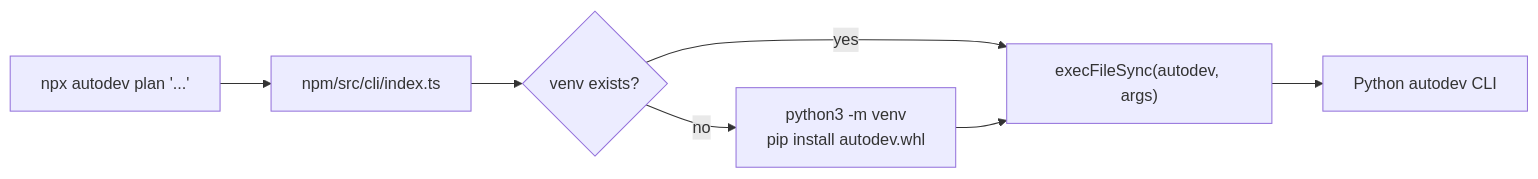
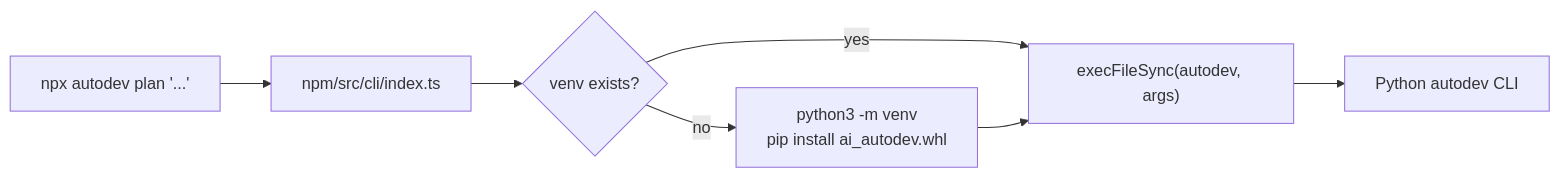
One commit to mohamedameen-io/AutoDev changed the fourth of 4 diagrams in docs/design_documentation/cli_design.md. Above: the diagram before and after it, drawn with Mermaid. The commit also changed other lines of this file and 1 other file, not shown here.

First line of the commit message:
docs: fix init documentation and update install commands

````diff
--- a/docs/design_documentation/cli_design.md
+++ b/docs/design_documentation/cli_design.md
@@ -432,9 +432,9 @@
 ```mermaid
 flowchart LR
     USER["npx autodev plan '...'"] --> NPM["npm/src/cli/index.ts"]
     NPM --> VENV{"venv exists?"}
-    VENV -->|no| CREATE["python3 -m venv<br/>pip install autodev.whl"]
+    VENV -->|no| CREATE["python3 -m venv<br/>pip install ai_autodev.whl"]
     VENV -->|yes| EXEC["execFileSync(autodev, args)"]
     CREATE --> EXEC
     EXEC --> PY["Python autodev CLI"]
 ```
````
